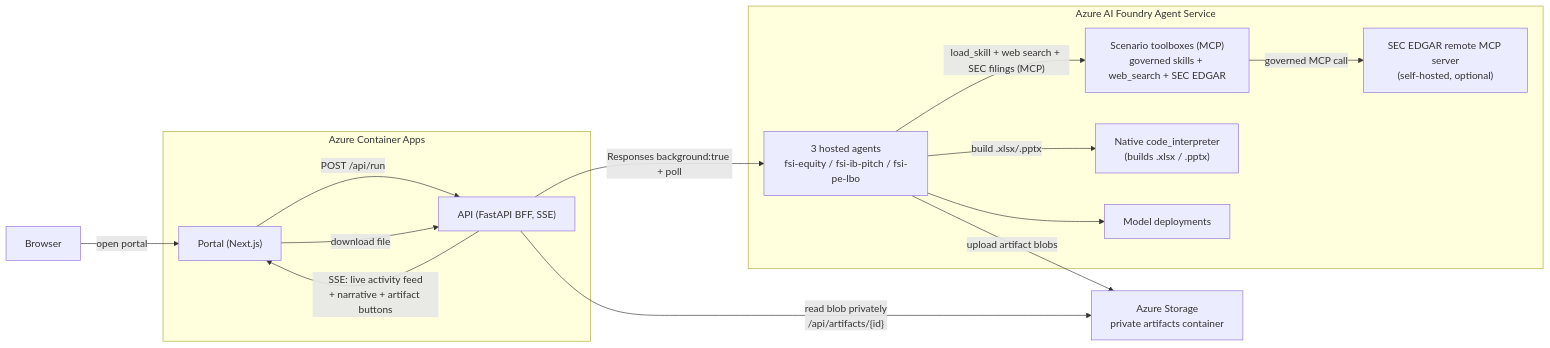
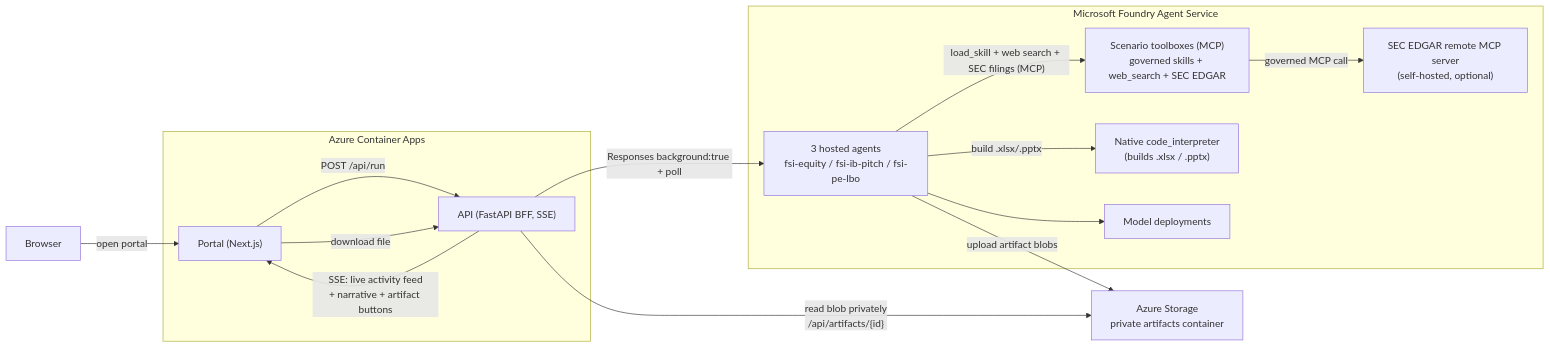
Before and after one commit to samsonlee0907/anthropic-fsi-skill-demo-with-ghcp: the diagram in README.md, drawn with Mermaid. The commit also changed other lines of this file and 7 other files, not shown here.

First line of the commit message:
Rename 'Azure AI Foundry' to 'Microsoft Foundry' (latest official branding)

````diff
--- a/README.md
+++ b/README.md
@@ -83,31 +83,31 @@
 ```mermaid
 flowchart LR
     Browser["Browser"]
 
     subgraph ACA["Azure Container Apps"]
         Portal["Portal (Next.js)"]
         API["API (FastAPI BFF, SSE)"]
     end
 
-    subgraph Foundry["Azure AI Foundry Agent Service"]
+    subgraph Foundry["Microsoft Foundry Agent Service"]
         HostedAgents["3 hosted agents<br/>fsi-equity / fsi-ib-pitch / fsi-pe-lbo"]
         Toolbox["Scenario toolboxes (MCP)<br/>governed skills + web_search + SEC EDGAR"]
         NativeCI["Native code_interpreter<br/>(builds .xlsx / .pptx)"]
         SECServer["SEC EDGAR remote MCP server<br/>(self-hosted, optional)"]
         Models["Model deployments"]
     end
 
     Storage["Azure Storage<br/>private artifacts container"]
 
     Browser -->|"open portal"| Portal
     Portal -->|"POST /api/run"| API
     API -->|"SSE: live activity feed<br/>+ narrative + artifact buttons"| Portal
     API -->|"Responses background:true + poll"| HostedAgents
     HostedAgents --> Models
     HostedAgents -->|"load_skill + web search + SEC filings (MCP)"| Toolbox
     Toolbox -->|"governed MCP call"| SECServer
     HostedAgents -->|"build .xlsx/.pptx"| NativeCI
     HostedAgents -->|"upload artifact blobs"| Storage
     API -->|"read blob privately<br/>/api/artifacts/{id}"| Storage
     Portal -->|"download file"| API
 ```
````
